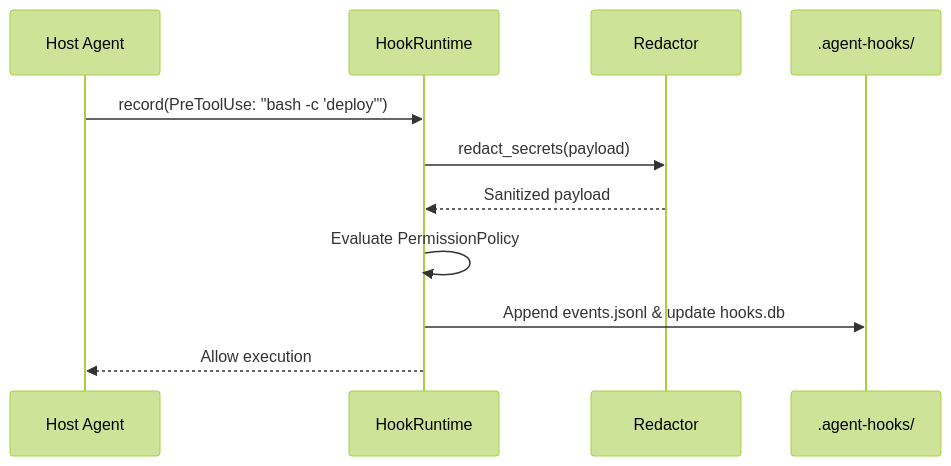
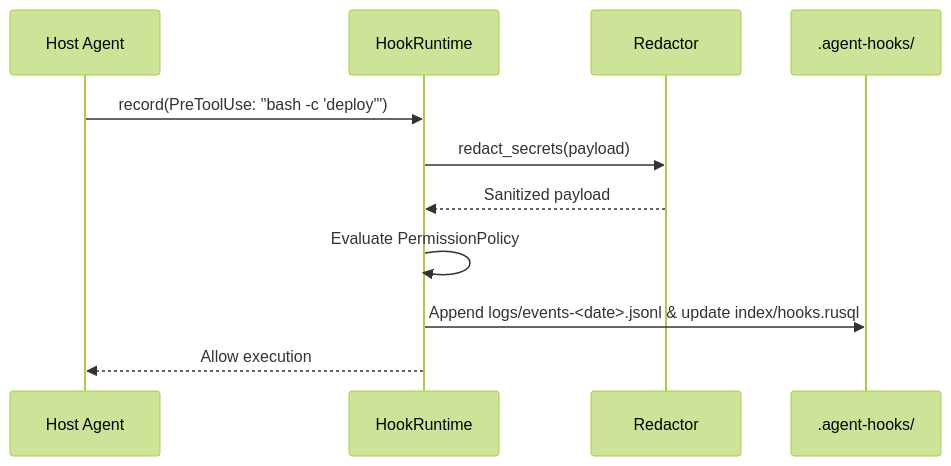
One commit to GodSpeedAI/swe_seed changed the second of 2 diagrams in docs/subsystems/hook-runtime.md. Above: the diagram before and after it, drawn with Mermaid (forest theme). The commit also changed other lines of this file and 29 other files, not shown here.

````diff
--- a/docs/subsystems/hook-runtime.md
+++ b/docs/subsystems/hook-runtime.md
@@ -88,14 +88,14 @@
 ```mermaid
 sequenceDiagram
     participant Host as Host Agent
     participant Runtime as HookRuntime
     participant Redact as Redactor
     participant Storage as .agent-hooks/
 
     Host->>Runtime: record(PreToolUse: "bash -c 'deploy'")
     Runtime->>Redact: redact_secrets(payload)
     Redact-->>Runtime: Sanitized payload
     Runtime->>Runtime: Evaluate PermissionPolicy
-    Runtime->>Storage: Append events.jsonl & update hooks.db
+    Runtime->>Storage: Append logs/events-<date>.jsonl & update index/hooks.rusql
     Runtime-->>Host: Allow execution
 ```
````
